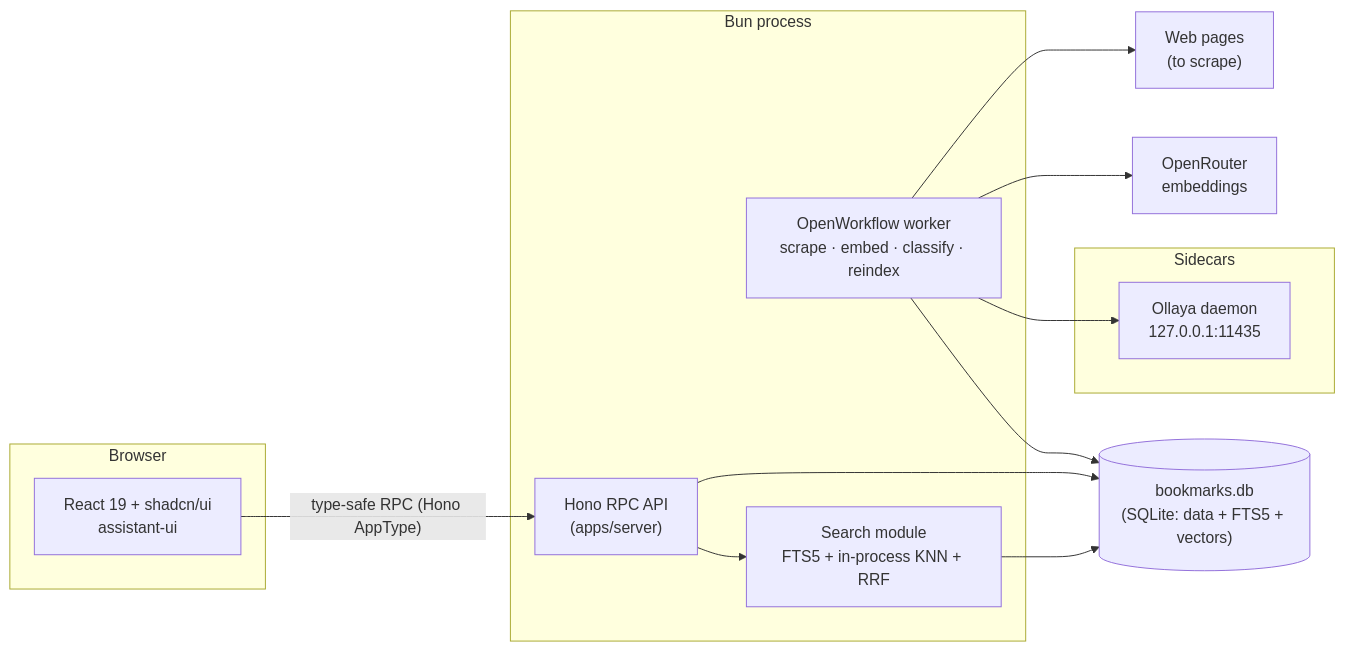
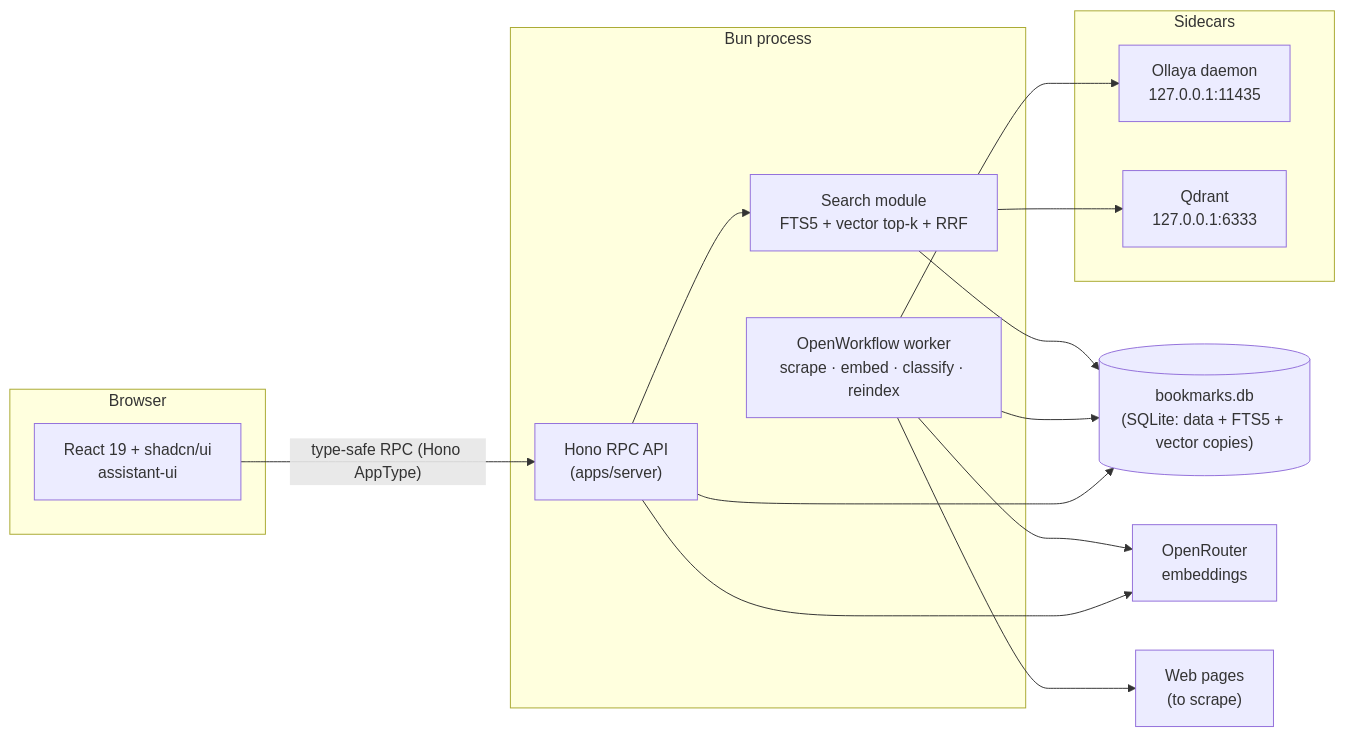
Before and after one commit to leonistor/al-yo-bo: the first of 2 diagrams in docs/ARCHITECTURE.md, drawn with Mermaid. The commit also changed other lines of this file and 29 other files, not shown here.

First line of the commit message:
feat: serve semantic search from a Qdrant sidecar

````diff
--- a/docs/ARCHITECTURE.md
+++ b/docs/ARCHITECTURE.md
@@ -58,30 +62,33 @@
 ```mermaid
 flowchart LR
   subgraph browser [Browser]
     Web["React 19 + shadcn/ui\nassistant-ui"]
   end
 
   subgraph bun [Bun process]
     API["Hono RPC API\n(apps/server)"]
     Worker["OpenWorkflow worker\nscrape · embed · classify · reindex"]
-    Search["Search module\nFTS5 + in-process KNN + RRF"]
+    Search["Search module\nFTS5 + vector top-k + RRF"]
   end
 
-  DB[("bookmarks.db\n(SQLite: data + FTS5 + vectors)")]
+  DB[("bookmarks.db\n(SQLite: data + FTS5 + vector copies)")]
 
   subgraph sidecars [Sidecars]
     Ollaya["Ollaya daemon\n127.0.0.1:11435"]
+    Qdrant["Qdrant\n127.0.0.1:6333"]
   end
 
   OR["OpenRouter\nembeddings"]
   Sites["Web pages\n(to scrape)"]
 
   Web -- "type-safe RPC (Hono AppType)" --> API
   API --> Search
   API --> DB
+  API --> OR
   Worker --> DB
   Worker --> Ollaya
   Worker --> OR
   Worker --> Sites
   Search --> DB
+  Search --> Qdrant
 ```
````
